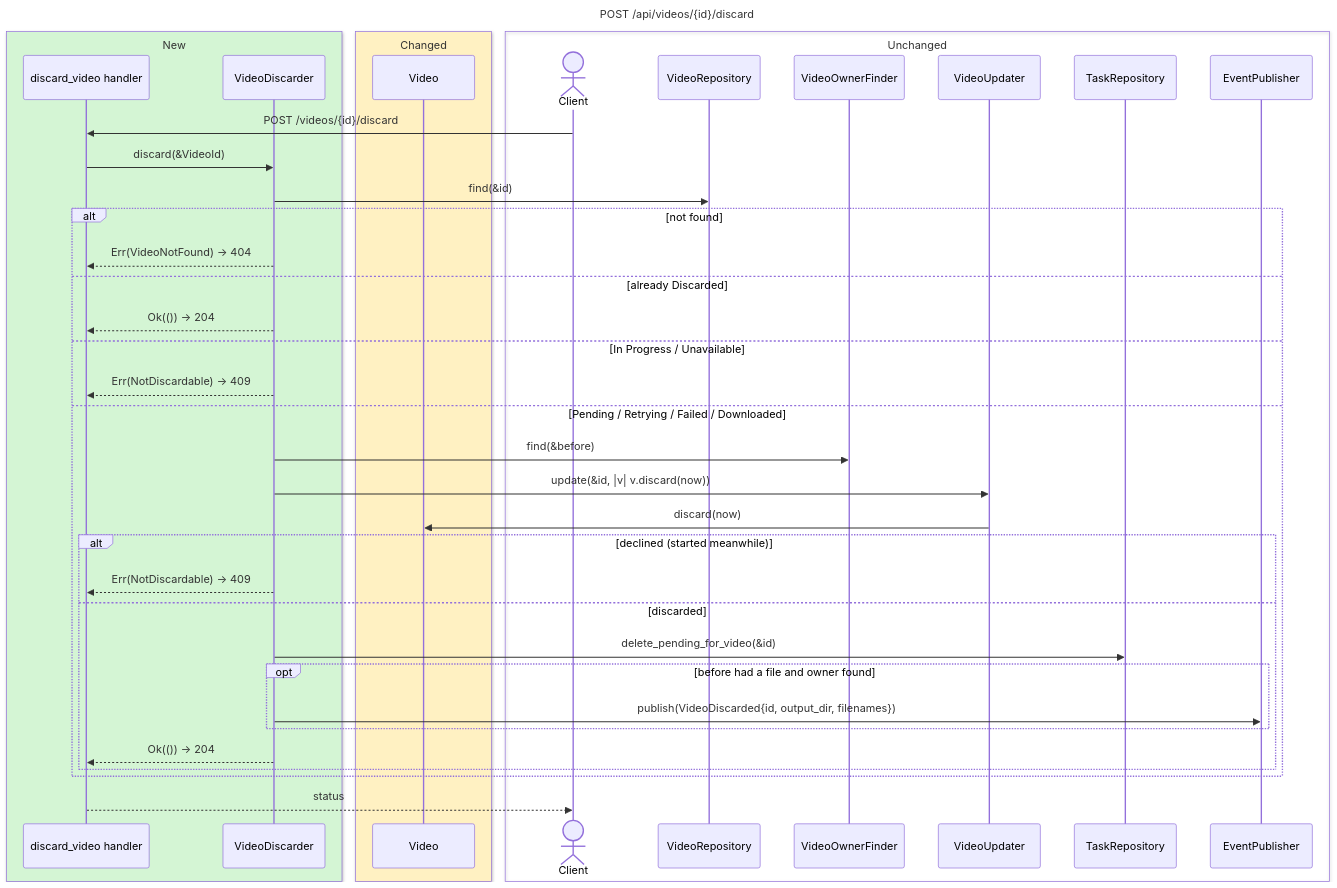
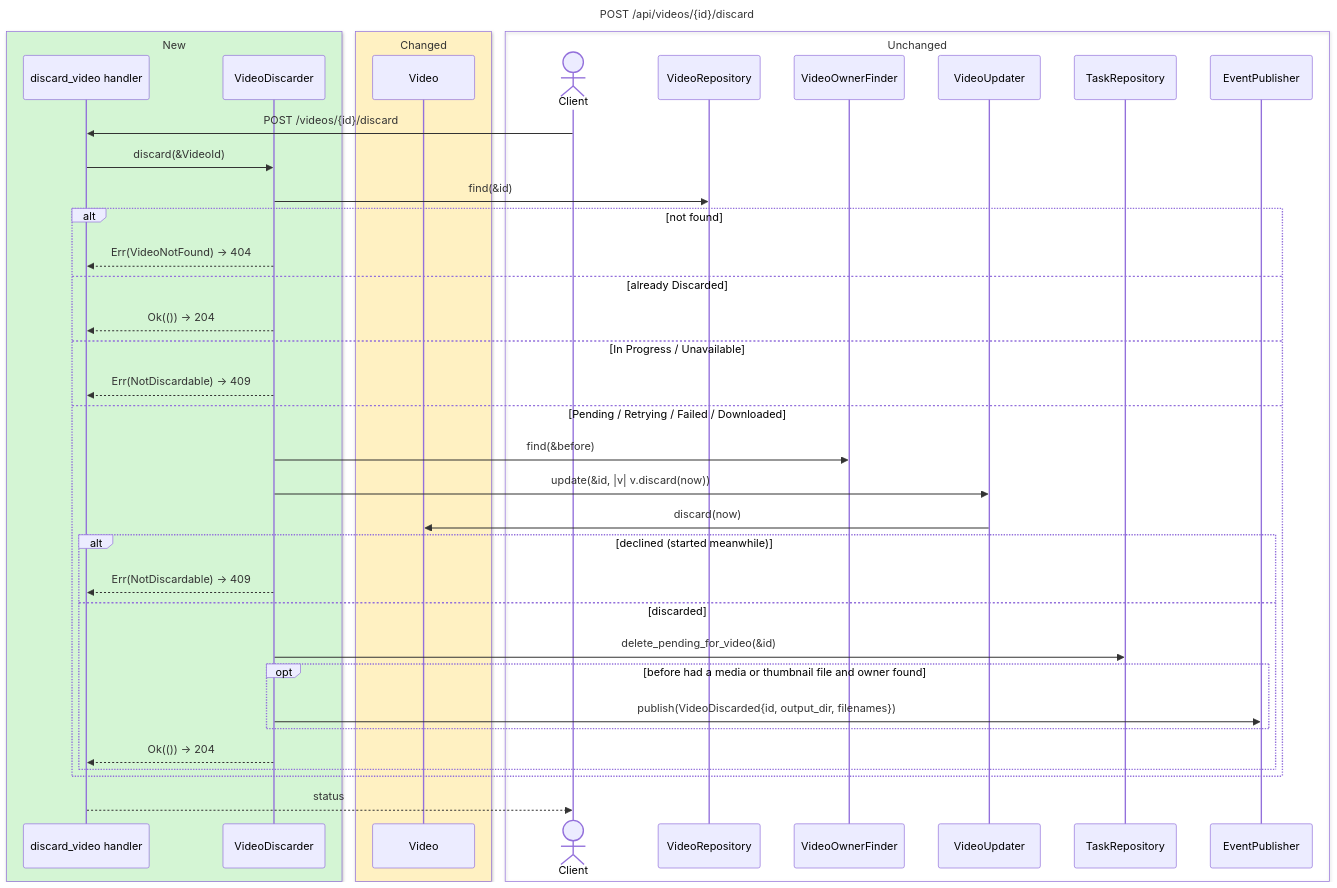
Before and after one commit to sergigp/yarrtube: the fourth of 6 diagrams in openspec/changes/discard-video/design.md, drawn with Mermaid. The commit also changed other lines of this file and 5 other files, not shown here.

````diff
--- a/openspec/changes/discard-video/design.md
+++ b/openspec/changes/discard-video/design.md
@@ -141,45 +143,45 @@
 ```mermaid
 ---
 title: POST /api/videos/{id}/discard
 ---
 sequenceDiagram
   box rgb(212,245,212) New
     participant H as discard_video handler
     participant D as VideoDiscarder
   end
   box rgb(255,241,194) Changed
     participant V as Video
   end
   box Unchanged
     actor C as Client
     participant R as VideoRepository
     participant O as VideoOwnerFinder
     participant U as VideoUpdater
     participant T as TaskRepository
     participant E as EventPublisher
   end
   C->>H: POST /videos/{id}/discard
   H->>D: discard(&VideoId)
   D->>R: find(&id)
   alt not found
     D-->>H: Err(VideoNotFound) → 404
   else already Discarded
     D-->>H: Ok(()) → 204
   else In Progress / Unavailable
     D-->>H: Err(NotDiscardable) → 409
   else Pending / Retrying / Failed / Downloaded
     D->>O: find(&before)
     D->>U: update(&id, |v| v.discard(now))
     U->>V: discard(now)
     alt declined (started meanwhile)
       D-->>H: Err(NotDiscardable) → 409
     else discarded
       D->>T: delete_pending_for_video(&id)
-      opt before had a file and owner found
+      opt before had a media or thumbnail file and owner found
         D->>E: publish(VideoDiscarded{id, output_dir, filenames})
       end
       D-->>H: Ok(()) → 204
     end
   end
   H-->>C: status
 ```
````
